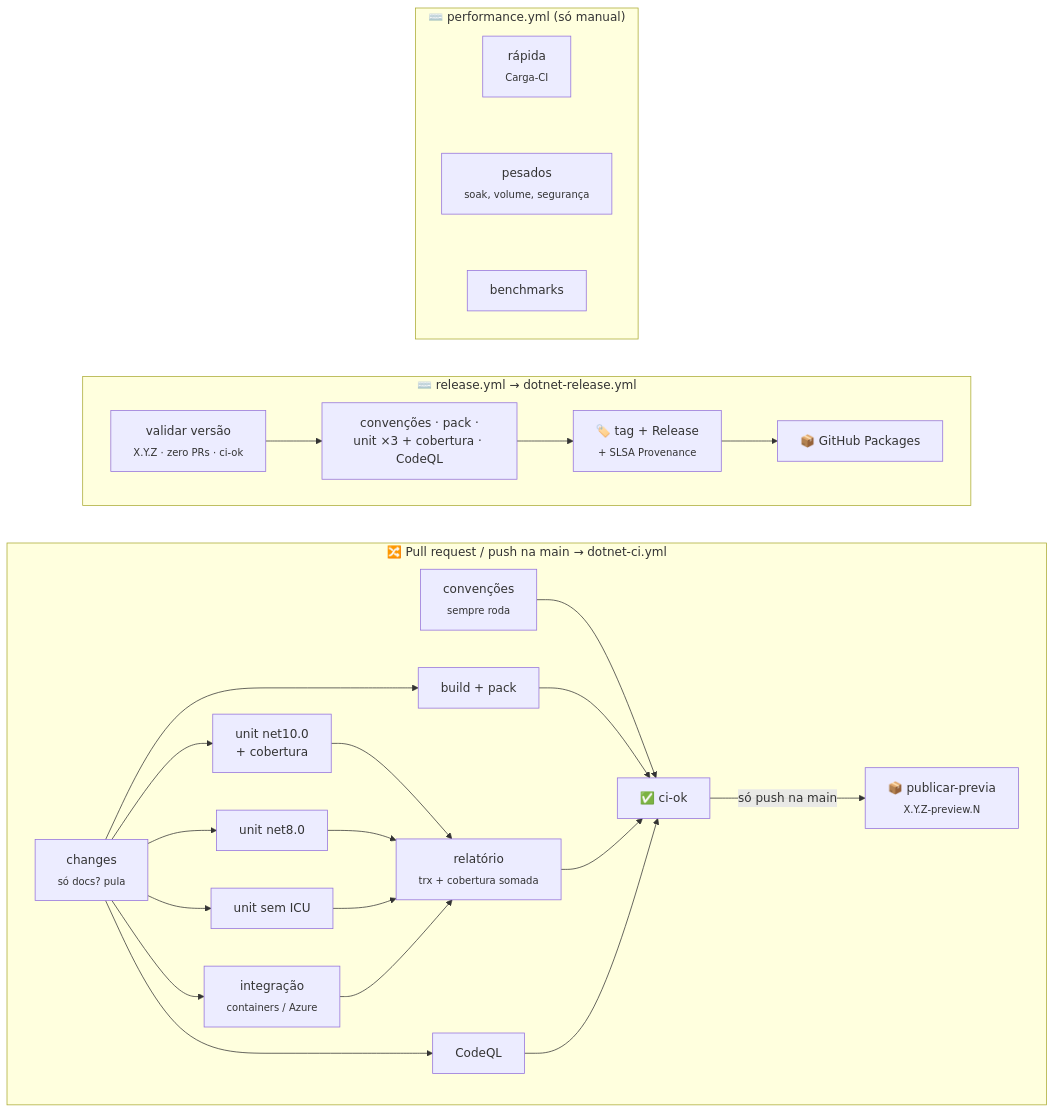
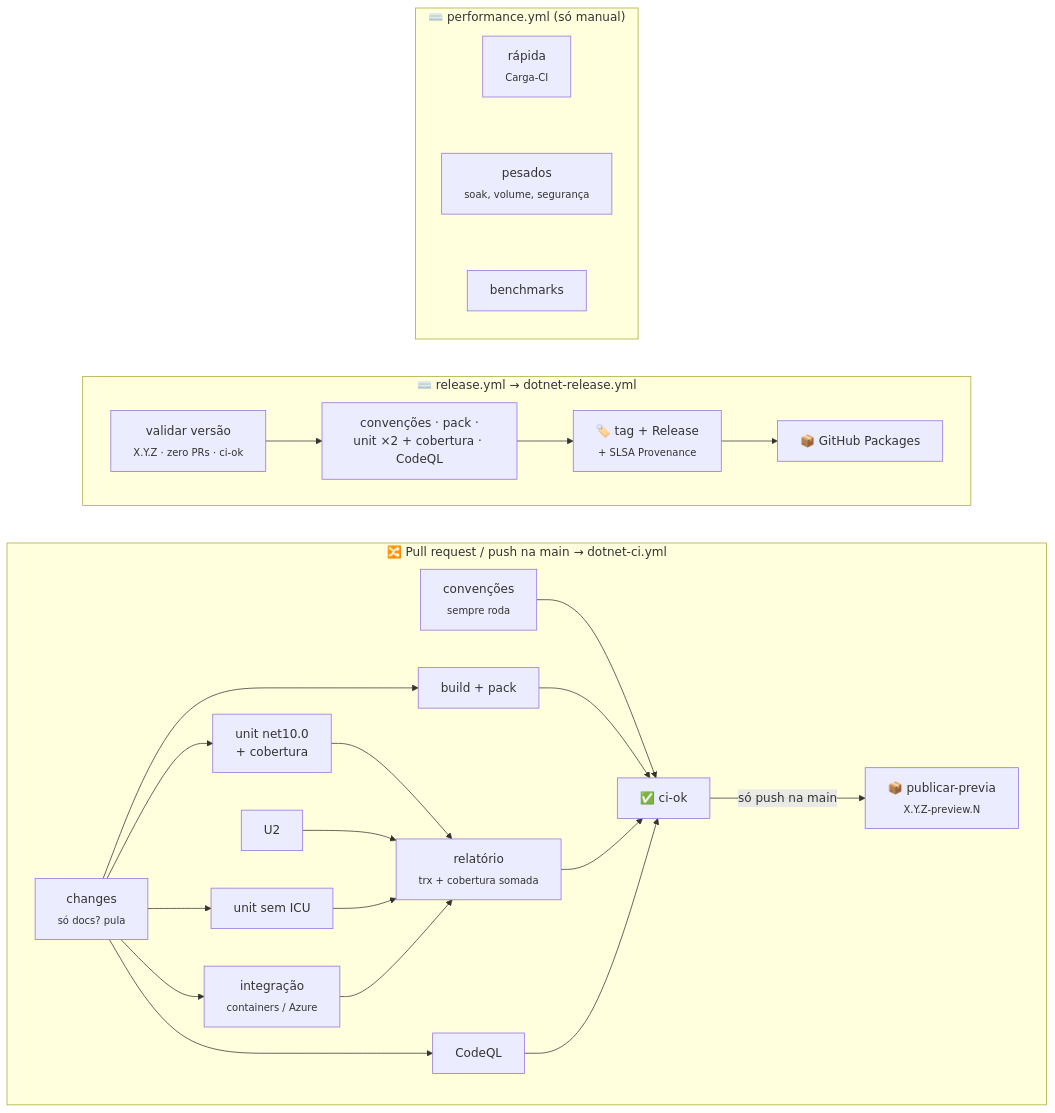
One commit to tudoemcodigo/tec-workflows changed the first of 3 diagrams in README.md. Above: the diagram before and after it, drawn with Mermaid. The commit also changed other lines of this file and 16 other files, not shown here.

First line of the commit message:
feat!: alvo único net10.0 e portão ci-ok restrito ao GitHub Actions

````diff
--- a/README.md
+++ b/README.md
@@ -68,18 +68,18 @@
 ```mermaid
 flowchart LR
     subgraph PR["🔀 Pull request / push na main → dotnet-ci.yml"]
         direction LR
-        CH["changes<br/><sub>só docs? pula</sub>"] --> BP["build + pack"] & U1["unit net10.0<br/>+ cobertura"] & U2["unit net8.0"] & U3["unit sem ICU"] & IT["integração<br/><sub>containers / Azure</sub>"] & CQ["CodeQL"]
+        CH["changes<br/><sub>só docs? pula</sub>"] --> BP["build + pack"] & U1["unit net10.0<br/>+ cobertura"] & U3["unit sem ICU"] & IT["integração<br/><sub>containers / Azure</sub>"] & CQ["CodeQL"]
         CV["convenções<br/><sub>sempre roda</sub>"]
         U1 & U2 & U3 & IT --> RP["relatório<br/><sub>trx + cobertura somada</sub>"]
         CV & BP & RP & CQ --> OK["✅ ci-ok"]
         OK -- "só push na main" --> PV["📦 publicar-previa<br/><sub>X.Y.Z-preview.N</sub>"]
     end
     subgraph REL["⌨️ release.yml → dotnet-release.yml"]
         direction LR
-        V["validar versão<br/><sub>X.Y.Z · zero PRs · ci-ok</sub>"] --> G["convenções · pack ·<br/>unit ×3 + cobertura · CodeQL"] --> TAG["🏷️ tag + Release<br/><sub>+ SLSA Provenance</sub>"] --> PUB["📦 GitHub Packages"]
+        V["validar versão<br/><sub>X.Y.Z · zero PRs · ci-ok</sub>"] --> G["convenções · pack ·<br/>unit ×2 + cobertura · CodeQL"] --> TAG["🏷️ tag + Release<br/><sub>+ SLSA Provenance</sub>"] --> PUB["📦 GitHub Packages"]
     end
     subgraph PERF["⌨️ performance.yml (só manual)"]
         RA["rápida<br/><sub>Carga-CI</sub>"] ~~~ HV["pesados<br/><sub>soak, volume, segurança</sub>"] ~~~ BM["benchmarks"]
     end
 ```
````
